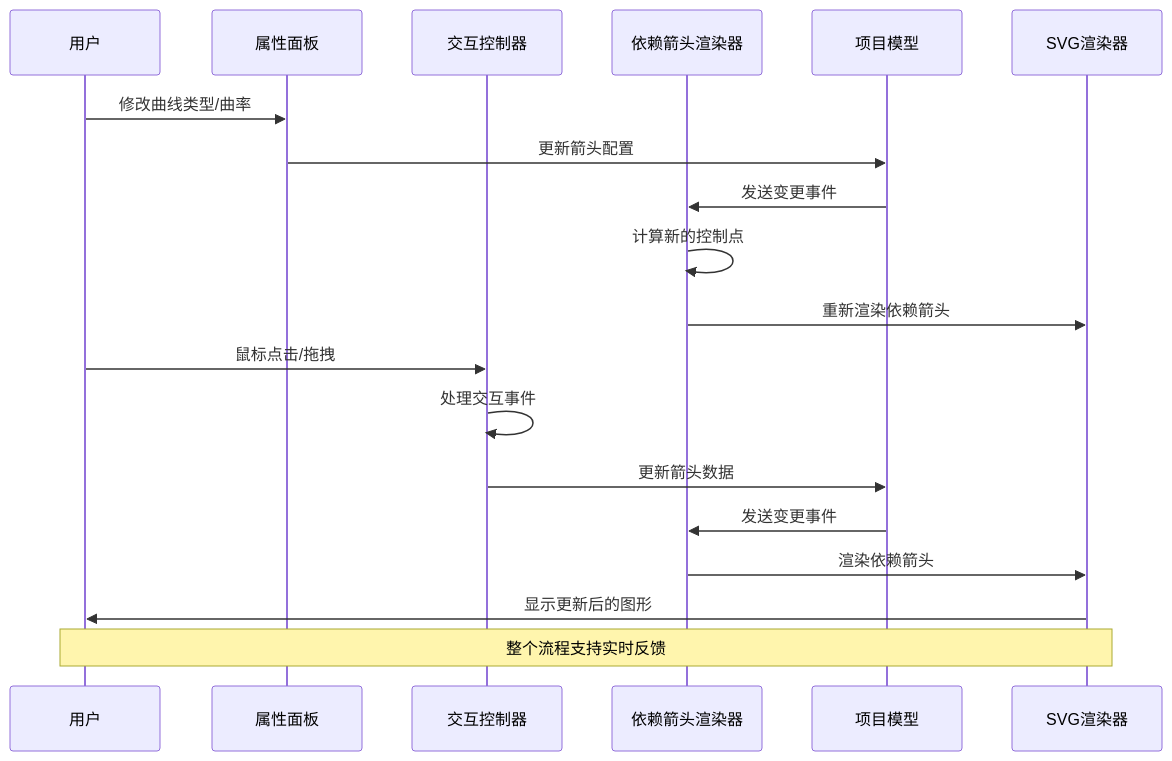
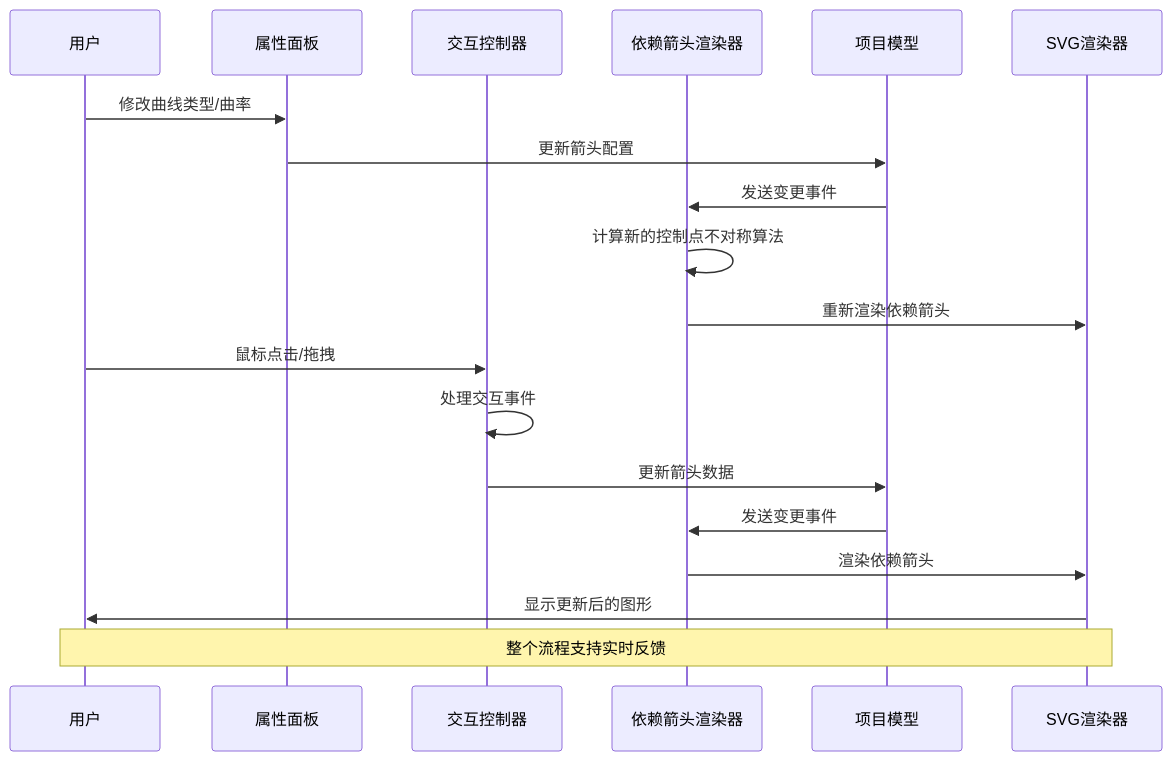
One commit to nht123456/waveform-editor changed the second of 12 diagrams in .qoder/repowiki/zh/content/渲染系统/依赖箭头渲染器.md. Above: the diagram before and after it, drawn with Mermaid. The commit also changed other lines of this file and 7 other files, not shown here.

````diff
--- a/.qoder/repowiki/zh/content/渲染系统/依赖箭头渲染器.md
+++ b/.qoder/repowiki/zh/content/渲染系统/依赖箭头渲染器.md
@@ -140,21 +141,21 @@
 ```mermaid
 sequenceDiagram
 participant User as 用户
 participant PP as 属性面板
 participant IC as 交互控制器
 participant DR as 依赖箭头渲染器
 participant PR as 项目模型
 participant SVG as SVG渲染器
 User->>PP : 修改曲线类型/曲率
 PP->>PR : 更新箭头配置
 PR->>DR : 发送变更事件
-DR->>DR : 计算新的控制点
+DR->>DR : 计算新的控制点不对称算法
 DR->>SVG : 重新渲染依赖箭头
 User->>IC : 鼠标点击/拖拽
 IC->>IC : 处理交互事件
 IC->>PR : 更新箭头数据
 PR->>DR : 发送变更事件
 DR->>SVG : 渲染依赖箭头
 SVG->>User : 显示更新后的图形
 Note over User,SVG : 整个流程支持实时反馈
 ```
````
